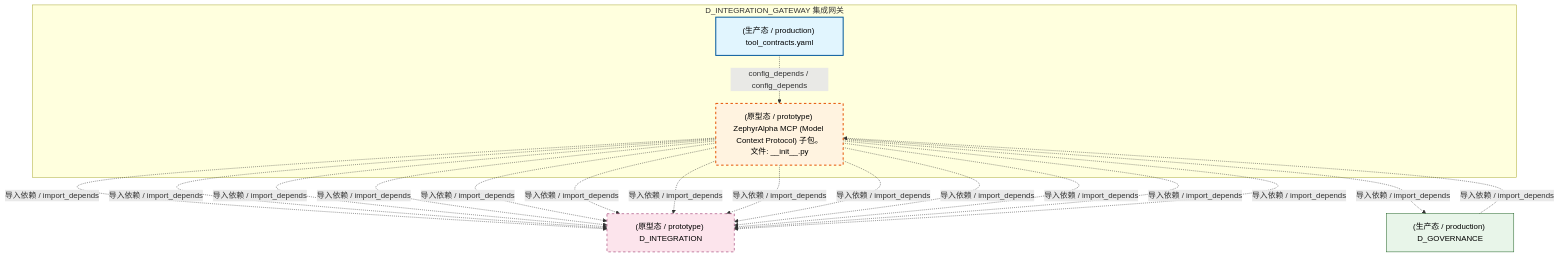
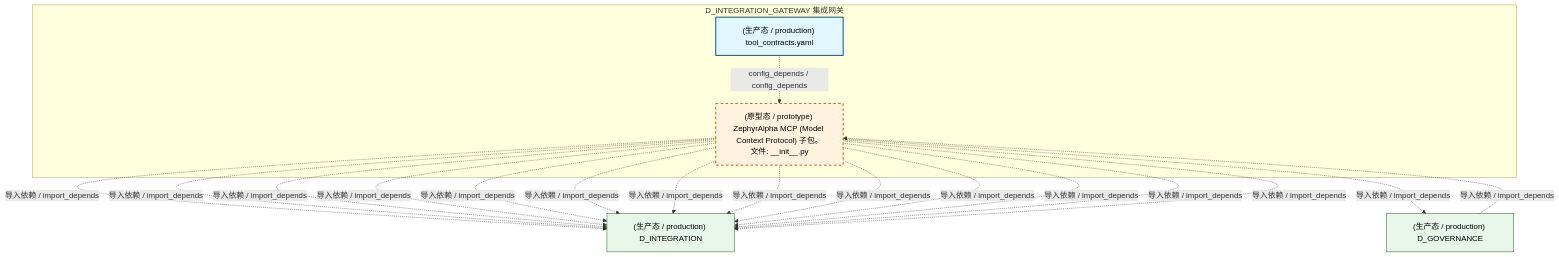
The first of 4 diagrams in docs/02_enterprise_architecture/02_domain_architecture_docs/19_d_integration_gateway.md (xuanFelixVan/ZephyrAlpha), drawn with Mermaid before and after one commit. The commit also changed other lines of this file and 126 other files, not shown here.

````diff
--- a/docs/02_enterprise_architecture/02_domain_architecture_docs/19_d_integration_gateway.md
+++ b/docs/02_enterprise_architecture/02_domain_architecture_docs/19_d_integration_gateway.md
@@ -65,33 +65,32 @@
 ```mermaid
 graph TD
     subgraph D_INTEGRATION_GATEWAY["D_INTEGRATION_GATEWAY 集成网关"]
         src_zephyr_integration_mcp_init_py["(原型态 / prototype) ZephyrAlpha MCP (Model Context Protocol) 子包。<br/>文件: __init__.py"]
         src_zephyr_integration_mcp_tool_contracts_yaml["(生产态 / production) tool_contracts.yaml"]
     end
     src_zephyr_integration_mcp_tool_contracts_yaml -.->|config_depends / config_depends| src_zephyr_integration_mcp_init_py
-    D_INTEGRATION["(原型态 / prototype) D_INTEGRATION"]
+    D_INTEGRATION["(生产态 / production) D_INTEGRATION"]
+    src_zephyr_integration_mcp_init_py -.->|导入依赖 / import_depends| D_INTEGRATION
+    src_zephyr_integration_mcp_init_py -.->|导入依赖 / import_depends| D_INTEGRATION
+    src_zephyr_integration_mcp_init_py -.->|导入依赖 / import_depends| D_INTEGRATION
+    src_zephyr_integration_mcp_init_py -.->|导入依赖 / import_depends| D_INTEGRATION
     src_zephyr_integration_mcp_init_py -.->|导入依赖 / import_depends| D_INTEGRATION
     src_zephyr_integration_mcp_init_py -.->|导入依赖 / import_depends| D_INTEGRATION
     src_zephyr_integration_mcp_init_py -.->|导入依赖 / import_depends| D_INTEGRATION
     D_GOVERNANCE["(生产态 / production) D_GOVERNANCE"]
     src_zephyr_integration_mcp_init_py -.->|导入依赖 / import_depends| D_GOVERNANCE
-    src_zephyr_integration_mcp_init_py -.->|导入依赖 / import_depends| D_INTEGRATION
-    src_zephyr_integration_mcp_init_py -.->|导入依赖 / import_depends| D_INTEGRATION
-    src_zephyr_integration_mcp_init_py -.->|导入依赖 / import_depends| D_INTEGRATION
-    src_zephyr_integration_mcp_init_py -.->|导入依赖 / import_depends| D_INTEGRATION
     src_zephyr_integration_mcp_init_py -.->|导入依赖 / import_depends| D_INTEGRATION
     src_zephyr_integration_mcp_init_py -.->|导入依赖 / import_depends| D_INTEGRATION
     src_zephyr_integration_mcp_init_py -.->|导入依赖 / import_depends| D_INTEGRATION
     src_zephyr_integration_mcp_init_py -.->|导入依赖 / import_depends| D_INTEGRATION
     src_zephyr_integration_mcp_init_py -.->|导入依赖 / import_depends| D_INTEGRATION
     src_zephyr_integration_mcp_init_py -.->|导入依赖 / import_depends| D_INTEGRATION
     D_GOVERNANCE -.->|导入依赖 / import_depends| src_zephyr_integration_mcp_init_py
     classDef production fill:#e1f5fe,stroke:#01579b,stroke-width:2px,color:#000
     classDef design fill:#fff3e0,stroke:#e65100,stroke-width:2px,color:#000,stroke-dasharray: 5 5
     classDef external_prod fill:#e8f5e9,stroke:#1b5e20,stroke-width:1px,color:#000
     classDef external_design fill:#fce4ec,stroke:#880e4f,stroke-width:1px,color:#000,stroke-dasharray: 5 5
     class src_zephyr_integration_mcp_tool_contracts_yaml production
     class src_zephyr_integration_mcp_init_py design
-    class D_GOVERNANCE external_prod
-    class D_INTEGRATION external_design
+    class D_INTEGRATION,D_GOVERNANCE external_prod
 ```
````
